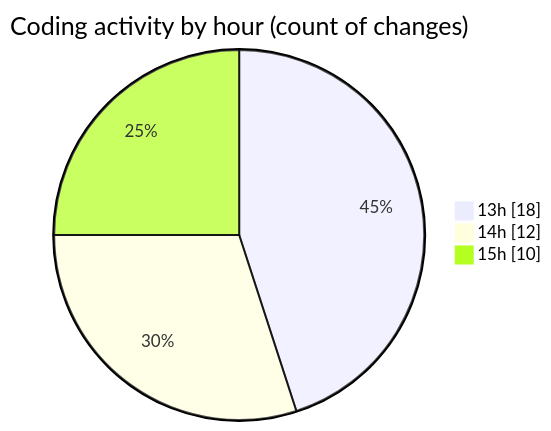
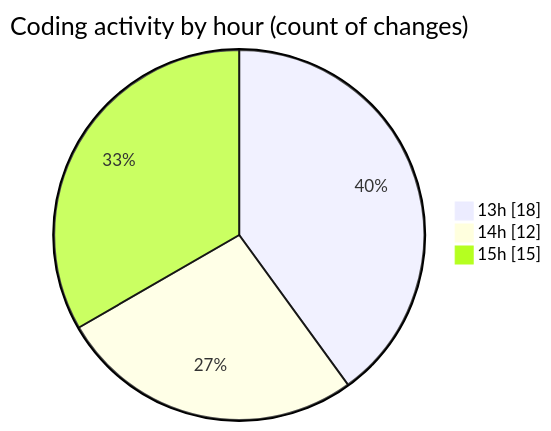
One commit to idhammustaqopulfikri/code-tracking changed the second of 2 diagrams in 2025-06-16/studio-backend/README.md. Above: the diagram before and after it, drawn with Mermaid. The commit also changed other lines of this file and 1 other file, not shown here.

````diff
--- a/2025-06-16/studio-backend/README.md
+++ b/2025-06-16/studio-backend/README.md
@@ -33,7 +35,7 @@
 ```mermaid
 pie showData
 title Coding activity by hour (count of changes)
 "13h" : 18
 "14h" : 12
-"15h" : 10
+"15h" : 15
 ```
````
